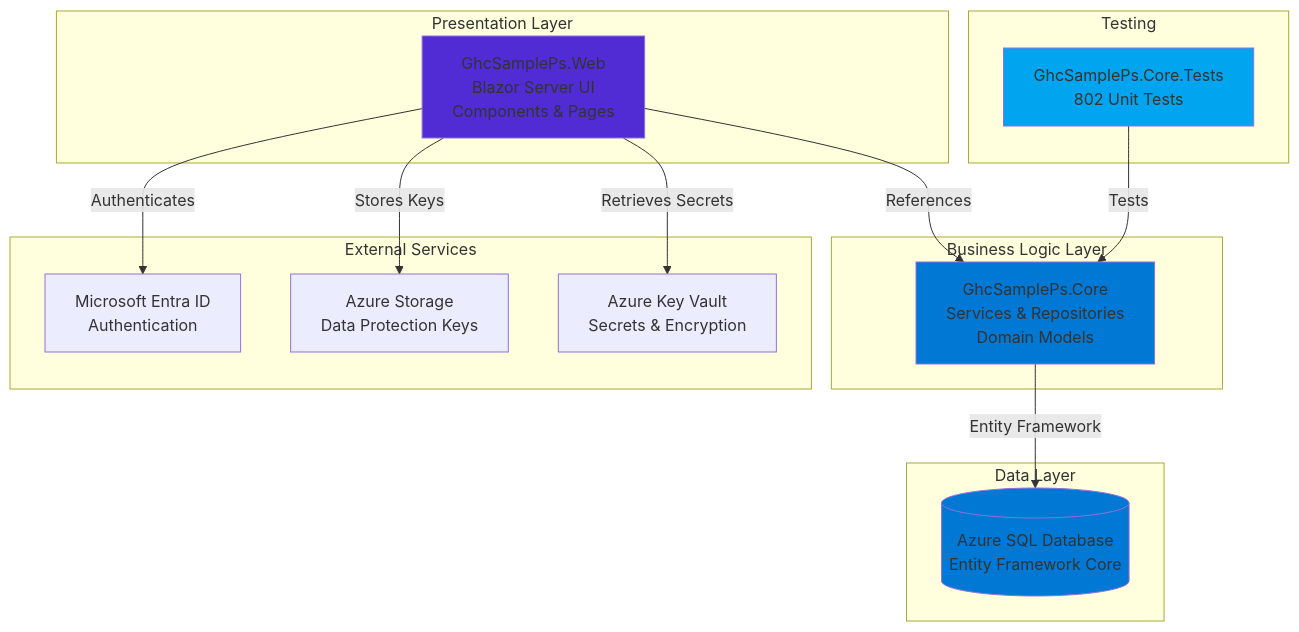
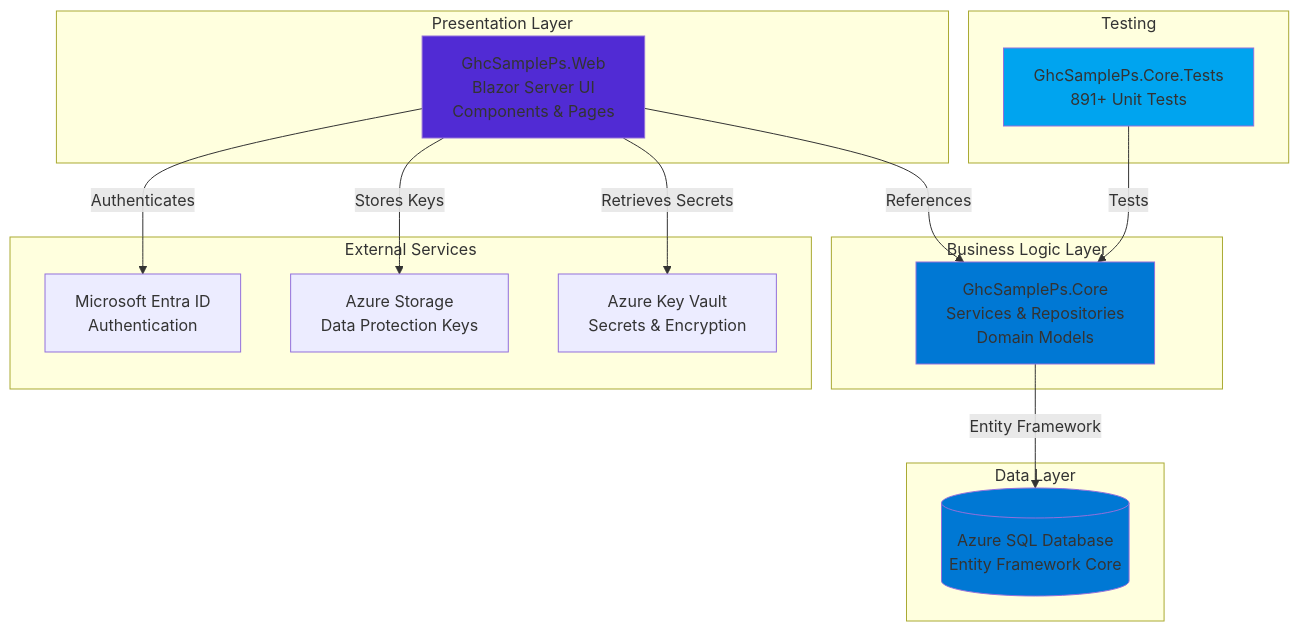
Before and after one commit to ricardocovo/ghc-sample-ps: the diagram in README.md, drawn with Mermaid. The commit also changed other lines of this file, not shown here.

````diff
--- a/README.md
+++ b/README.md
@@ -107,36 +107,36 @@
 ```mermaid
 graph TB
     subgraph "Presentation Layer"
         Web[GhcSamplePs.Web<br/>Blazor Server UI<br/>Components & Pages]
     end
 
     subgraph "Business Logic Layer"
         Core[GhcSamplePs.Core<br/>Services & Repositories<br/>Domain Models]
     end
 
     subgraph "Data Layer"
         DB[(Azure SQL Database<br/>Entity Framework Core)]
     end
 
     subgraph "External Services"
         EntraID[Microsoft Entra ID<br/>Authentication]
         Storage[Azure Storage<br/>Data Protection Keys]
         KV[Azure Key Vault<br/>Secrets & Encryption]
     end
 
     subgraph "Testing"
-        Tests[GhcSamplePs.Core.Tests<br/>802 Unit Tests]
+        Tests[GhcSamplePs.Core.Tests<br/>891+ Unit Tests]
     end
 
     Web -->|References| Core
     Core -->|Entity Framework| DB
     Web -->|Authenticates| EntraID
     Web -->|Stores Keys| Storage
     Web -->|Retrieves Secrets| KV
     Tests -->|Tests| Core
 
     style Web fill:#512BD4
     style Core fill:#0078D4
     style DB fill:#0078D4
     style Tests fill:#00A4EF
 ```
````
